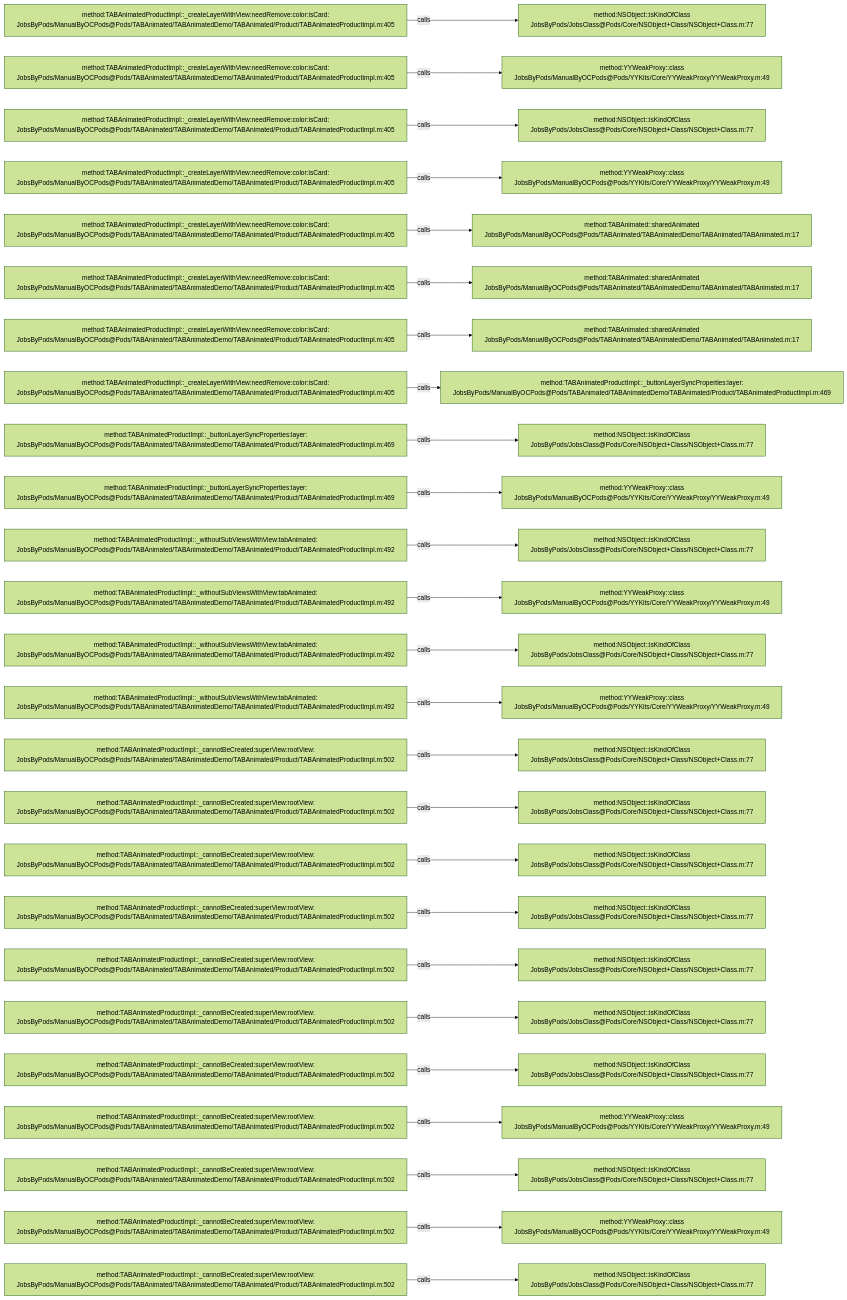
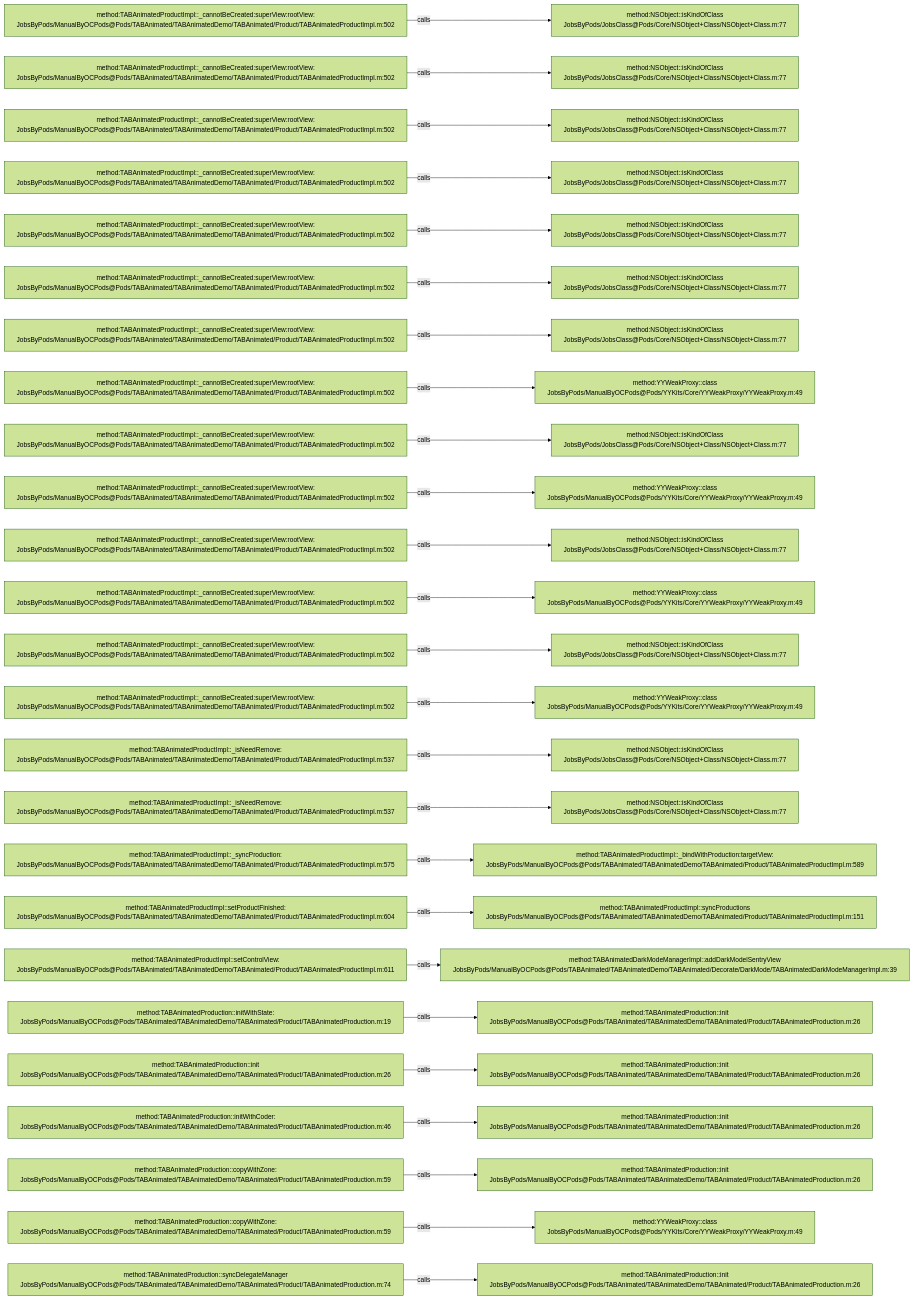
The diagram in .codegraph/codegraph.md/graphs/calls-038.md (JobsKits/JobsOCBaseConfigDemo), drawn with Mermaid (forest theme) before and after one commit. The commit also changed 296 other files, not shown here.

````diff
--- a/.codegraph/codegraph.md/graphs/calls-038.md
+++ b/.codegraph/codegraph.md/graphs/calls-038.md
@@ -13,78 +13,78 @@
 ```mermaid
 flowchart LR
-  S1["method:TABAnimatedProductImpl::_createLayerWithView:needRemove:color:isCard:<br/>JobsByPods/ManualByOCPods@Pods/TABAnimated/TABAnimatedDemo/TABAnimated/Product/TABAnimatedProductImpl.m:405"]
+  S1["method:TABAnimatedProductImpl::_cannotBeCreated:superView:rootView:<br/>JobsByPods/ManualByOCPods@Pods/TABAnimated/TABAnimatedDemo/TABAnimated/Product/TABAnimatedProductImpl.m:502"]
   T1["method:NSObject::isKindOfClass<br/>JobsByPods/JobsClass@Pods/Core/NSObject+Class/NSObject+Class.m:77"]
   S1 -->|calls| T1
-  S2["method:TABAnimatedProductImpl::_createLayerWithView:needRemove:color:isCard:<br/>JobsByPods/ManualByOCPods@Pods/TABAnimated/TABAnimatedDemo/TABAnimated/Product/TABAnimatedProductImpl.m:405"]
-  T2["method:YYWeakProxy::class<br/>JobsByPods/ManualByOCPods@Pods/YYKits/Core/YYWeakProxy/YYWeakProxy.m:49"]
+  S2["method:TABAnimatedProductImpl::_cannotBeCreated:superView:rootView:<br/>JobsByPods/ManualByOCPods@Pods/TABAnimated/TABAnimatedDemo/TABAnimated/Product/TABAnimatedProductImpl.m:502"]
+  T2["method:NSObject::isKindOfClass<br/>JobsByPods/JobsClass@Pods/Core/NSObject+Class/NSObject+Class.m:77"]
   S2 -->|calls| T2
-  S3["method:TABAnimatedProductImpl::_createLayerWithView:needRemove:color:isCard:<br/>JobsByPods/ManualByOCPods@Pods/TABAnimated/TABAnimatedDemo/TABAnimated/Product/TABAnimatedProductImpl.m:405"]
+  S3["method:TABAnimatedProductImpl::_cannotBeCreated:superView:rootView:<br/>JobsByPods/ManualByOCPods@Pods/TABAnimated/TABAnimatedDemo/TABAnimated/Product/TABAnimatedProductImpl.m:502"]
   T3["method:NSObject::isKindOfClass<br/>JobsByPods/JobsClass@Pods/Core/NSObject+Class/NSObject+Class.m:77"]
   S3 -->|calls| T3
-  S4["method:TABAnimatedProductImpl::_createLayerWithView:needRemove:color:isCard:<br/>JobsByPods/ManualByOCPods@Pods/TABAnimated/TABAnimatedDemo/TABAnimated/Product/TABAnimatedProductImpl.m:405"]
-  T4["method:YYWeakProxy::class<br/>JobsByPods/ManualByOCPods@Pods/YYKits/Core/YYWeakProxy/YYWeakProxy.m:49"]
+  S4["method:TABAnimatedProductImpl::_cannotBeCreated:superView:rootView:<br/>JobsByPods/ManualByOCPods@Pods/TABAnimated/TABAnimatedDemo/TABAnimated/Product/TABAnimatedProductImpl.m:502"]
+  T4["method:NSObject::isKindOfClass<br/>JobsByPods/JobsClass@Pods/Core/NSObject+Class/NSObject+Class.m:77"]
   S4 -->|calls| T4
-  S5["method:TABAnimatedProductImpl::_createLayerWithView:needRemove:color:isCard:<br/>JobsByPods/ManualByOCPods@Pods/TABAnimated/TABAnimatedDemo/TABAnimated/Product/TABAnimatedProductImpl.m:405"]
-  T5["method:TABAnimated::sharedAnimated<br/>JobsByPods/ManualByOCPods@Pods/TABAnimated/TABAnimatedDemo/TABAnimated/TABAnimated.m:17"]
+  S5["method:TABAnimatedProductImpl::_cannotBeCreated:superView:rootView:<br/>JobsByPods/ManualByOCPods@Pods/TABAnimated/TABAnimatedDemo/TABAnimated/Product/TABAnimatedProductImpl.m:502"]
+  T5["method:NSObject::isKindOfClass<br/>JobsByPods/JobsClass@Pods/Core/NSObject+Class/NSObject+Class.m:77"]
   S5 -->|calls| T5
-  S6["method:TABAnimatedProductImpl::_createLayerWithView:needRemove:color:isCard:<br/>JobsByPods/ManualByOCPods@Pods/TABAnimated/TABAnimatedDemo/TABAnimated/Product/TABAnimatedProductImpl.m:405"]
-  T6["method:TABAnimated::sharedAnimated<br/>JobsByPods/ManualByOCPods@Pods/TABAnimated/TABAnimatedDemo/TABAnimated/TABAnimated.m:17"]
+  S6["method:TABAnimatedProductImpl::_cannotBeCreated:superView:rootView:<br/>JobsByPods/ManualByOCPods@Pods/TABAnimated/TABAnimatedDemo/TABAnimated/Product/TABAnimatedProductImpl.m:502"]
+  T6["method:NSObject::isKindOfClass<br/>JobsByPods/JobsClass@Pods/Core/NSObject+Class/NSObject+Class.m:77"]
   S6 -->|calls| T6
-  S7["method:TABAnimatedProductImpl::_createLayerWithView:needRemove:color:isCard:<br/>JobsByPods/ManualByOCPods@Pods/TABAnimated/TABAnimatedDemo/TABAnimated/Product/TABAnimatedProductImpl.m:405"]
-  T7["method:TABAnimated::sharedAnimated<br/>JobsByPods/ManualByOCPods@Pods/TABAnimated/TABAnimatedDemo/TABAnimated/TABAnimated.m:17"]
+  S7["method:TABAnimatedProductImpl::_cannotBeCreated:superView:rootView:<br/>JobsByPods/ManualByOCPods@Pods/TABAnimated/TABAnimatedDemo/TABAnimated/Product/TABAnimatedProductImpl.m:502"]
+  T7["method:NSObject::isKindOfClass<br/>JobsByPods/JobsClass@Pods/Core/NSObject+Class/NSObject+Class.m:77"]
   S7 -->|calls| T7
-  S8["method:TABAnimatedProductImpl::_createLayerWithView:needRemove:color:isCard:<br/>JobsByPods/ManualByOCPods@Pods/TABAnimated/TABAnimatedDemo/TABAnimated/Product/TABAnimatedProductImpl.m:405"]
-  T8["method:TABAnimatedProductImpl::_buttonLayerSyncProperties:layer:<br/>JobsByPods/ManualByOCPods@Pods/TABAnimated/TABAnimatedDemo/TABAnimated/Product/TABAnimatedProductImpl.m:469"]
+  S8["method:TABAnimatedProductImpl::_cannotBeCreated:superView:rootView:<br/>JobsByPods/ManualByOCPods@Pods/TABAnimated/TABAnimatedDemo/TABAnimated/Product/TABAnimatedProductImpl.m:502"]
+  T8["method:YYWeakProxy::class<br/>JobsByPods/ManualByOCPods@Pods/YYKits/Core/YYWeakProxy/YYWeakProxy.m:49"]
   S8 -->|calls| T8
-  S9["method:TABAnimatedProductImpl::_buttonLayerSyncProperties:layer:<br/>JobsByPods/ManualByOCPods@Pods/TABAnimated/TABAnimatedDemo/TABAnimated/Product/TABAnimatedProductImpl.m:469"]
+  S9["method:TABAnimatedProductImpl::_cannotBeCreated:superView:rootView:<br/>JobsByPods/ManualByOCPods@Pods/TABAnimated/TABAnimatedDemo/TABAnimated/Product/TABAnimatedProductImpl.m:502"]
   T9["method:NSObject::isKindOfClass<br/>JobsByPods/JobsClass@Pods/Core/NSObject+Class/NSObject+Class.m:77"]
   S9 -->|calls| T9
-  S10["method:TABAnimatedProductImpl::_buttonLayerSyncProperties:layer:<br/>JobsByPods/ManualByOCPods@Pods/TABAnimated/TABAnimatedDemo/TABAnimated/Product/TABAnimatedProductImpl.m:469"]
+  S10["method:TABAnimatedProductImpl::_cannotBeCreated:superView:rootView:<br/>JobsByPods/ManualByOCPods@Pods/TABAnimated/TABAnimatedDemo/TABAnimated/Product/TABAnimatedProductImpl.m:502"]
   T10["method:YYWeakProxy::class<br/>JobsByPods/ManualByOCPods@Pods/YYKits/Core/YYWeakProxy/YYWeakProxy.m:49"]
   S10 -->|calls| T10
-  S11["method:TABAnimatedProductImpl::_withoutSubViewsWithView:tabAnimated:<br/>JobsByPods/ManualByOCPods@Pods/TABAnimated/TABAnimatedDemo/TABAnimated/Product/TABAnimatedProductImpl.m:492"]
+  S11["method:TABAnimatedProductImpl::_cannotBeCreated:superView:rootView:<br/>JobsByPods/ManualByOCPods@Pods/TABAnimated/TABAnimatedDemo/TABAnimated/Product/TABAnimatedProductImpl.m:502"]
   T11["method:NSObject::isKindOfClass<br/>JobsByPods/JobsClass@Pods/Core/NSObject+Class/NSObject+Class.m:77"]
   S11 -->|calls| T11
-  S12["method:TABAnimatedProductImpl::_withoutSubViewsWithView:tabAnimated:<br/>JobsByPods/ManualByOCPods@Pods/TABAnimated/TABAnimatedDemo/TABAnimated/Product/TABAnimatedProductImpl.m:492"]
+  S12["method:TABAnimatedProductImpl::_cannotBeCreated:superView:rootView:<br/>JobsByPods/ManualByOCPods@Pods/TABAnimated/TABAnimatedDemo/TABAnimated/Product/TABAnimatedProductImpl.m:502"]
   T12["method:YYWeakProxy::class<br/>JobsByPods/ManualByOCPods@Pods/YYKits/Core/YYWeakProxy/YYWeakProxy.m:49"]
   S12 -->|calls| T12
-  S13["method:TABAnimatedProductImpl::_withoutSubViewsWithView:tabAnimated:<br/>JobsByPods/ManualByOCPods@Pods/TABAnimated/TABAnimatedDemo/TABAnimated/Product/TABAnimatedProductImpl.m:492"]
+  S13["method:TABAnimatedProductImpl::_cannotBeCreated:superView:rootView:<br/>JobsByPods/ManualByOCPods@Pods/TABAnimated/TABAnimatedDemo/TABAnimated/Product/TABAnimatedProductImpl.m:502"]
   T13["method:NSObject::isKindOfClass<br/>JobsByPods/JobsClass@Pods/Core/NSObject+Class/NSObject+Class.m:77"]
   S13 -->|calls| T13
-  S14["method:TABAnimatedProductImpl::_withoutSubViewsWithView:tabAnimated:<br/>JobsByPods/ManualByOCPods@Pods/TABAnimated/TABAnimatedDemo/TABAnimated/Product/TABAnimatedProductImpl.m:492"]
+  S14["method:TABAnimatedProductImpl::_cannotBeCreated:superView:rootView:<br/>JobsByPods/ManualByOCPods@Pods/TABAnimated/TABAnimatedDemo/TABAnimated/Product/TABAnimatedProductImpl.m:502"]
   T14["method:YYWeakProxy::class<br/>JobsByPods/ManualByOCPods@Pods/YYKits/Core/YYWeakProxy/YYWeakProxy.m:49"]
   S14 -->|calls| T14
-  S15["method:TABAnimatedProductImpl::_cannotBeCreated:superView:rootView:<br/>JobsByPods/ManualByOCPods@Pods/TABAnimated/TABAnimatedDemo/TABAnimated/Product/TABAnimatedProductImpl.m:502"]
+  S15["method:TABAnimatedProductImpl::_isNeedRemove:<br/>JobsByPods/ManualByOCPods@Pods/TABAnimated/TABAnimatedDemo/TABAnimated/Product/TABAnimatedProductImpl.m:537"]
   T15["method:NSObject::isKindOfClass<br/>JobsByPods/JobsClass@Pods/Core/NSObject+Class/NSObject+Class.m:77"]
   S15 -->|calls| T15
-  S16["method:TABAnimatedProductImpl::_cannotBeCreated:superView:rootView:<br/>JobsByPods/ManualByOCPods@Pods/TABAnimated/TABAnimatedDemo/TABAnimated/Product/TABAnimatedProductImpl.m:502"]
+  S16["method:TABAnimatedProductImpl::_isNeedRemove:<br/>JobsByPods/ManualByOCPods@Pods/TABAnimated/TABAnimatedDemo/TABAnimated/Product/TABAnimatedProductImpl.m:537"]
   T16["method:NSObject::isKindOfClass<br/>JobsByPods/JobsClass@Pods/Core/NSObject+Class/NSObject+Class.m:77"]
   S16 -->|calls| T16
-  S17["method:TABAnimatedProductImpl::_cannotBeCreated:superView:rootView:<br/>JobsByPods/ManualByOCPods@Pods/TABAnimated/TABAnimatedDemo/TABAnimated/Product/TABAnimatedProductImpl.m:502"]
-  T17["method:NSObject::isKindOfClass<br/>JobsByPods/JobsClass@Pods/Core/NSObject+Class/NSObject+Class.m:77"]
+  S17["method:TABAnimatedProductImpl::_syncProduction:<br/>JobsByPods/ManualByOCPods@Pods/TABAnimated/TABAnimatedDemo/TABAnimated/Product/TABAnimatedProductImpl.m:575"]
+  T17["method:TABAnimatedProductImpl::_bindWithProduction:targetView:<br/>JobsByPods/ManualByOCPods@Pods/TABAnimated/TABAnimatedDemo/TABAnimated/Product/TABAnimatedProductImpl.m:589"]
   S17 -->|calls| T17
-  S18["method:TABAnimatedProductImpl::_cannotBeCreated:superView:rootView:<br/>JobsByPods/ManualByOCPods@Pods/TABAnimated/TABAnimatedDemo/TABAnimated/Product/TABAnimatedProductImpl.m:502"]
-  T18["method:NSObject::isKindOfClass<br/>JobsByPods/JobsClass@Pods/Core/NSObject+Class/NSObject+Class.m:77"]
+  S18["method:TABAnimatedProductImpl::setProductFinished:<br/>JobsByPods/ManualByOCPods@Pods/TABAnimated/TABAnimatedDemo/TABAnimated/Product/TABAnimatedProductImpl.m:604"]
+  T18["method:TABAnimatedProductImpl::syncProductions<br/>JobsByPods/ManualByOCPods@Pods/TABAnimated/TABAnimatedDemo/TABAnimated/Product/TABAnimatedProductImpl.m:151"]
   S18 -->|calls| T18
-  S19["method:TABAnimatedProductImpl::_cannotBeCreated:superView:rootView:<br/>JobsByPods/ManualByOCPods@Pods/TABAnimated/TABAnimatedDemo/TABAnimated/Product/TABAnimatedProductImpl.m:502"]
-  T19["method:NSObject::isKindOfClass<br/>JobsByPods/JobsClass@Pods/Core/NSObject+Class/NSObject+Class.m:77"]
+  S19["method:TABAnimatedProductImpl::setControlView:<br/>JobsByPods/ManualByOCPods@Pods/TABAnimated/TABAnimatedDemo/TABAnimated/Product/TABAnimatedProductImpl.m:611"]
+  T19["method:TABAnimatedDarkModeManagerImpl::addDarkModelSentryView<br/>JobsByPods/ManualByOCPods@Pods/TABAnimated/TABAnimatedDemo/TABAnimated/Decorate/DarkMode/TABAnimatedDarkModeManagerImpl.m:39"]
   S19 -->|calls| T19
-  S20["method:TABAnimatedProductImpl::_cannotBeCreated:superView:rootView:<br/>JobsByPods/ManualByOCPods@Pods/TABAnimated/TABAnimatedDemo/TABAnimated/Product/TABAnimatedProductImpl.m:502"]
-  T20["method:NSObject::isKindOfClass<br/>JobsByPods/JobsClass@Pods/Core/NSObject+Class/NSObject+Class.m:77"]
+  S20["method:TABAnimatedProduction::initWithState:<br/>JobsByPods/ManualByOCPods@Pods/TABAnimated/TABAnimatedDemo/TABAnimated/Product/TABAnimatedProduction.m:19"]
+  T20["method:TABAnimatedProduction::init<br/>JobsByPods/ManualByOCPods@Pods/TABAnimated/TABAnimatedDemo/TABAnimated/Product/TABAnimatedProduction.m:26"]
   S20 -->|calls| T20
-  S21["method:TABAnimatedProductImpl::_cannotBeCreated:superView:rootView:<br/>JobsByPods/ManualByOCPods@Pods/TABAnimated/TABAnimatedDemo/TABAnimated/Product/TABAnimatedProductImpl.m:502"]
-  T21["method:NSObject::isKindOfClass<br/>JobsByPods/JobsClass@Pods/Core/NSObject+Class/NSObject+Class.m:77"]
+  S21["method:TABAnimatedProduction::init<br/>JobsByPods/ManualByOCPods@Pods/TABAnimated/TABAnimatedDemo/TABAnimated/Product/TABAnimatedProduction.m:26"]
+  T21["method:TABAnimatedProduction::init<br/>JobsByPods/ManualByOCPods@Pods/TABAnimated/TABAnimatedDemo/TABAnimated/Product/TABAnimatedProduction.m:26"]
   S21 -->|calls| T21
-  S22["method:TABAnimatedProductImpl::_cannotBeCreated:superView:rootView:<br/>JobsByPods/ManualByOCPods@Pods/TABAnimated/TABAnimatedDemo/TABAnimated/Product/TABAnimatedProductImpl.m:502"]
-  T22["method:YYWeakProxy::class<br/>JobsByPods/ManualByOCPods@Pods/YYKits/Core/YYWeakProxy/YYWeakProxy.m:49"]
+  S22["method:TABAnimatedProduction::initWithCoder:<br/>JobsByPods/ManualByOCPods@Pods/TABAnimated/TABAnimatedDemo/TABAnimated/Product/TABAnimatedProduction.m:46"]
+  T22["method:TABAnimatedProduction::init<br/>JobsByPods/ManualByOCPods@Pods/TABAnimated/TABAnimatedDemo/TABAnimated/Product/TABAnimatedProduction.m:26"]
   S22 -->|calls| T22
-  S23["method:TABAnimatedProductImpl::_cannotBeCreated:superView:rootView:<br/>JobsByPods/ManualByOCPods@Pods/TABAnimated/TABAnimatedDemo/TABAnimated/Product/TABAnimatedProductImpl.m:502"]
-  T23["method:NSObject::isKindOfClass<br/>JobsByPods/JobsClass@Pods/Core/NSObject+Class/NSObject+Class.m:77"]
+  S23["method:TABAnimatedProduction::copyWithZone:<br/>JobsByPods/ManualByOCPods@Pods/TABAnimated/TABAnimatedDemo/TABAnimated/Product/TABAnimatedProduction.m:59"]
+  T23["method:TABAnimatedProduction::init<br/>JobsByPods/ManualByOCPods@Pods/TABAnimated/TABAnimatedDemo/TABAnimated/Product/TABAnimatedProduction.m:26"]
   S23 -->|calls| T23
-  S24["method:TABAnimatedProductImpl::_cannotBeCreated:superView:rootView:<br/>JobsByPods/ManualByOCPods@Pods/TABAnimated/TABAnimatedDemo/TABAnimated/Product/TABAnimatedProductImpl.m:502"]
+  S24["method:TABAnimatedProduction::copyWithZone:<br/>JobsByPods/ManualByOCPods@Pods/TABAnimated/TABAnimatedDemo/TABAnimated/Product/TABAnimatedProduction.m:59"]
   T24["method:YYWeakProxy::class<br/>JobsByPods/ManualByOCPods@Pods/YYKits/Core/YYWeakProxy/YYWeakProxy.m:49"]
   S24 -->|calls| T24
-  S25["method:TABAnimatedProductImpl::_cannotBeCreated:superView:rootView:<br/>JobsByPods/ManualByOCPods@Pods/TABAnimated/TABAnimatedDemo/TABAnimated/Product/TABAnimatedProductImpl.m:502"]
-  T25["method:NSObject::isKindOfClass<br/>JobsByPods/JobsClass@Pods/Core/NSObject+Class/NSObject+Class.m:77"]
+  S25["method:TABAnimatedProduction::syncDelegateManager<br/>JobsByPods/ManualByOCPods@Pods/TABAnimated/TABAnimatedDemo/TABAnimated/Product/TABAnimatedProduction.m:74"]
+  T25["method:TABAnimatedProduction::init<br/>JobsByPods/ManualByOCPods@Pods/TABAnimated/TABAnimatedDemo/TABAnimated/Product/TABAnimatedProduction.m:26"]
   S25 -->|calls| T25
 ```
````
